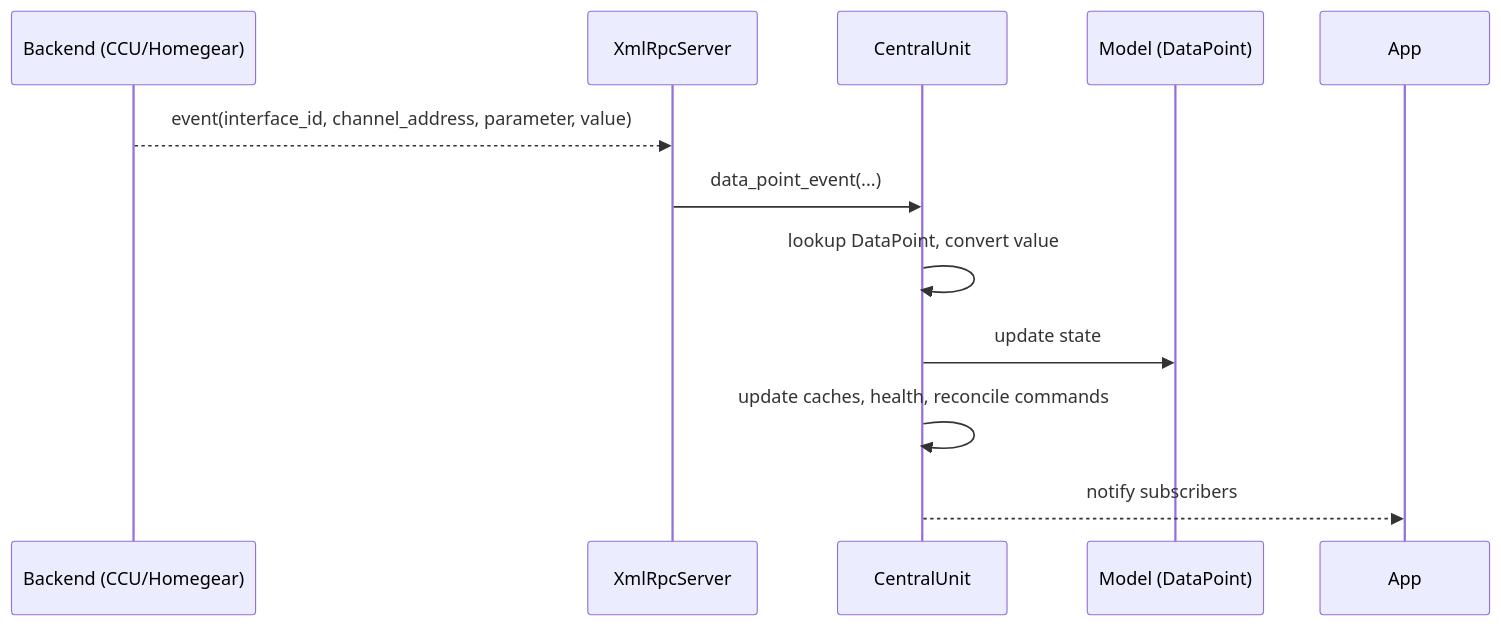
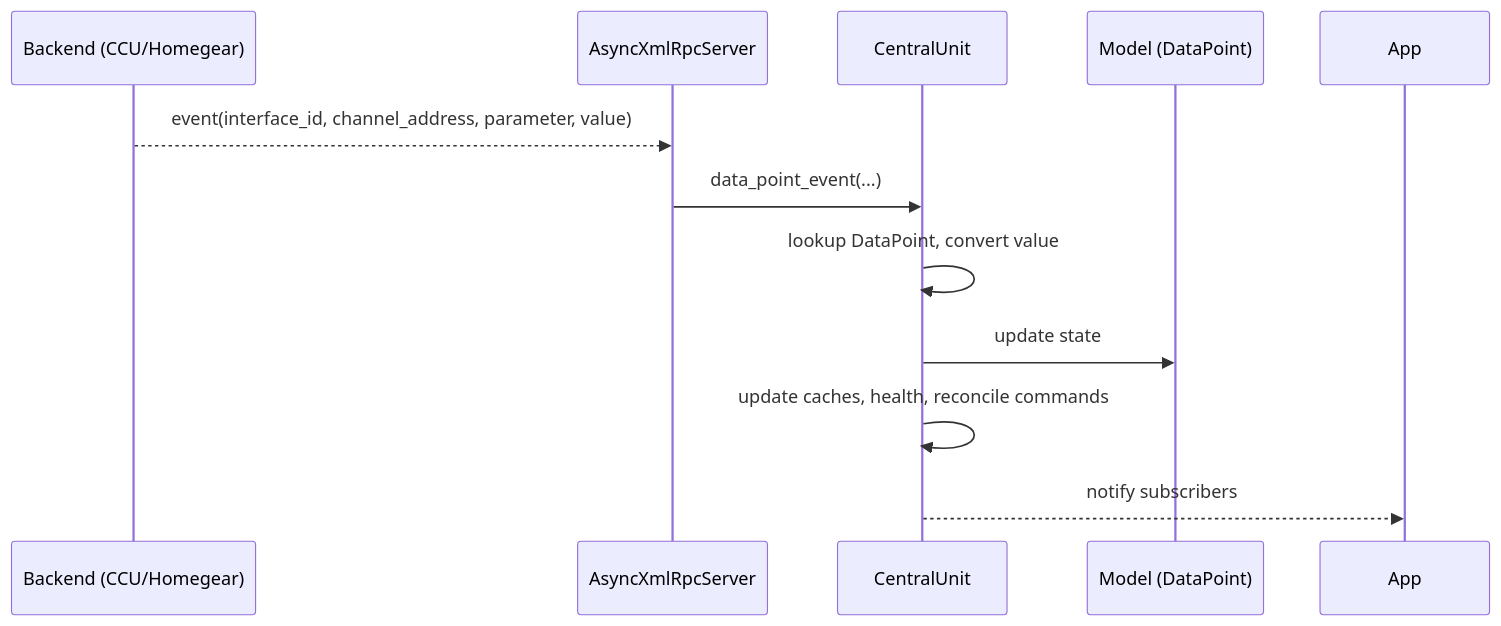
One commit to SukramJ/aiohomematic changed the second of 3 diagrams in docs/architecture/data_flow.md. Above: the diagram before and after it, drawn with Mermaid. The commit also changed other lines of this file and 17 other files, not shown here.

````diff
--- a/docs/architecture/data_flow.md
+++ b/docs/architecture/data_flow.md
@@ -140,13 +140,13 @@
 ```mermaid
 sequenceDiagram
   participant B as Backend (CCU/Homegear)
-  participant X as XmlRpcServer
+  participant X as AsyncXmlRpcServer
   participant C as CentralUnit
   participant M as Model (DataPoint)
   B-->>X: event(interface_id, channel_address, parameter, value)
   X->>C: data_point_event(...)
   C->>C: lookup DataPoint, convert value
   C->>M: update state
   C->>C: update caches, health, reconcile commands
   C-->>App: notify subscribers
 ```
````
